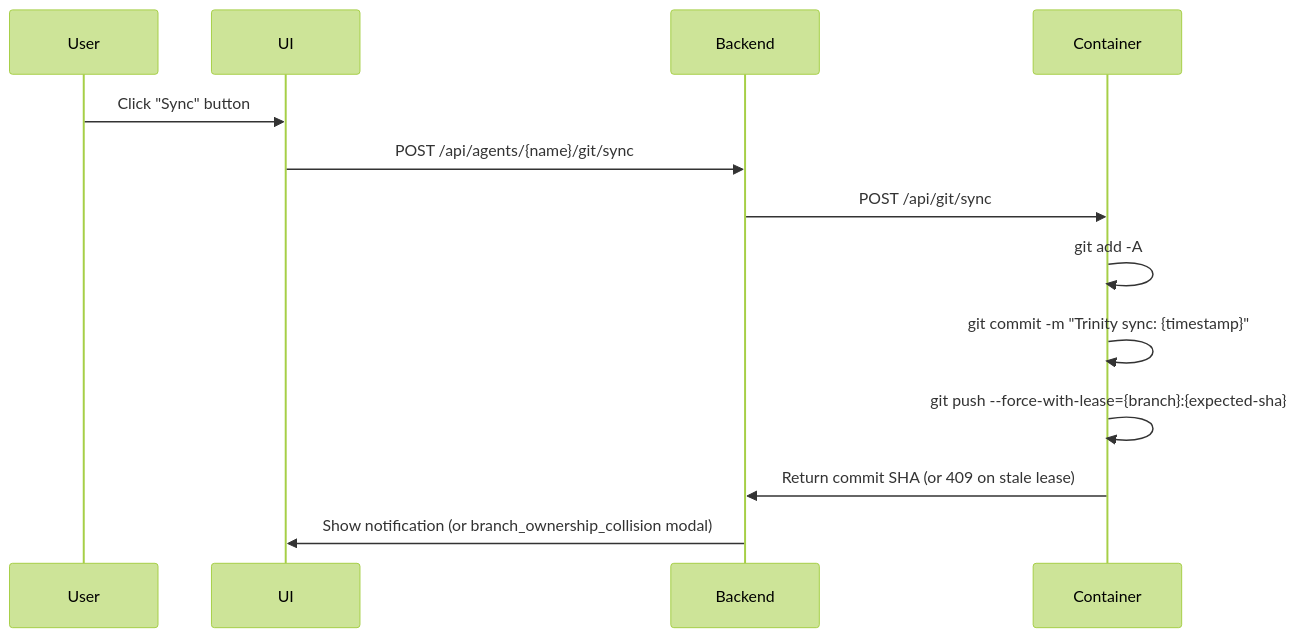
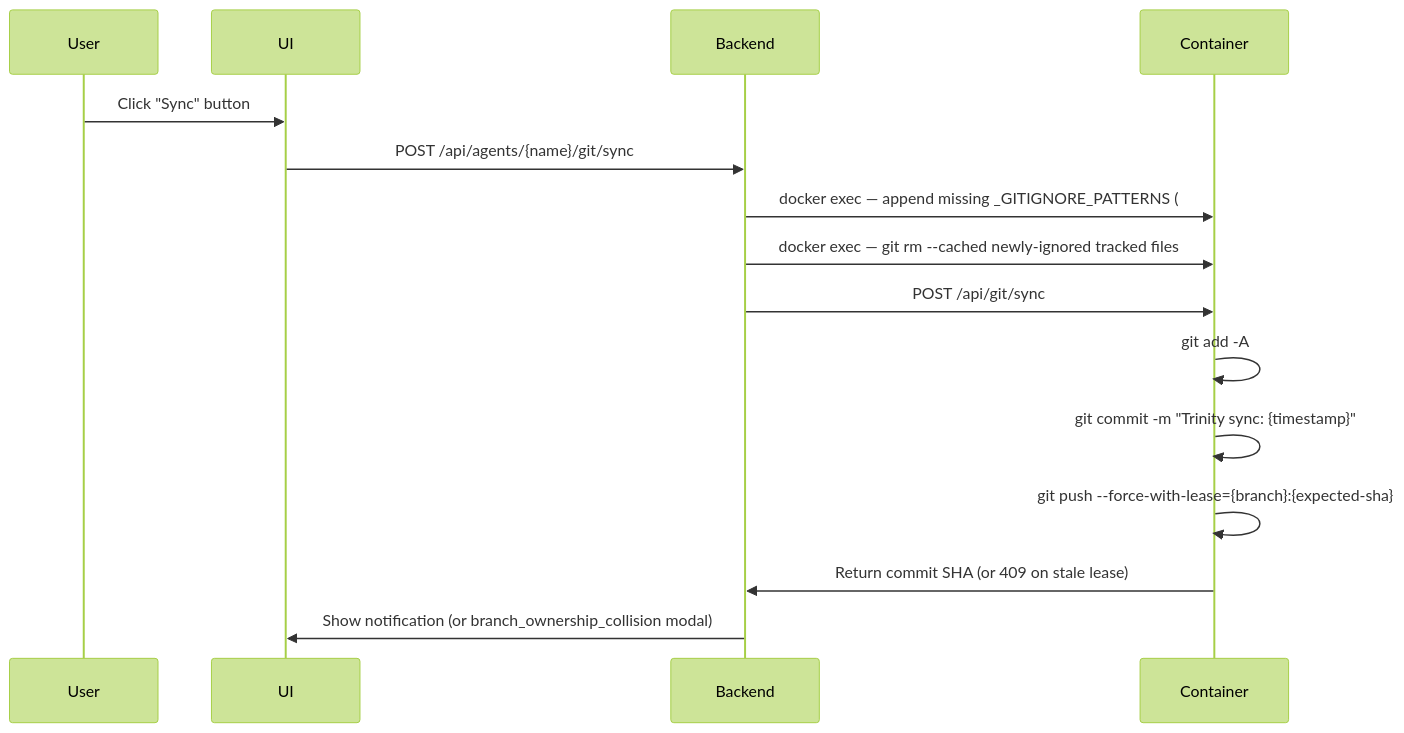
The second of 3 diagrams in docs/memory/feature-flows/github-sync.md (AndriiPasternak31/trinity-2), drawn with Mermaid (forest theme) before and after one commit. The commit also changed other lines of this file and 1 other file, not shown here.

First line of the commit message:
docs(feature-flows): sync github-sync + github-repo-initialization for #462

````diff
--- a/docs/memory/feature-flows/github-sync.md
+++ b/docs/memory/feature-flows/github-sync.md
@@ -230,16 +230,18 @@
 ```mermaid
 sequenceDiagram
     participant User
     participant UI
     participant Backend
     participant Container
 
     User->>UI: Click "Sync" button
     UI->>Backend: POST /api/agents/{name}/git/sync
+    Backend->>Container: docker exec — append missing _GITIGNORE_PATTERNS (#462)
+    Backend->>Container: docker exec — git rm --cached newly-ignored tracked files
     Backend->>Container: POST /api/git/sync
     Container->>Container: git add -A
     Container->>Container: git commit -m "Trinity sync: {timestamp}"
     Container->>Container: git push --force-with-lease={branch}:{expected-sha}
     Container->>Backend: Return commit SHA (or 409 on stale lease)
     Backend->>UI: Show notification (or branch_ownership_collision modal)
 ```
````
